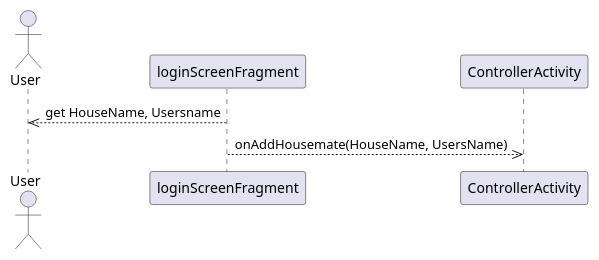
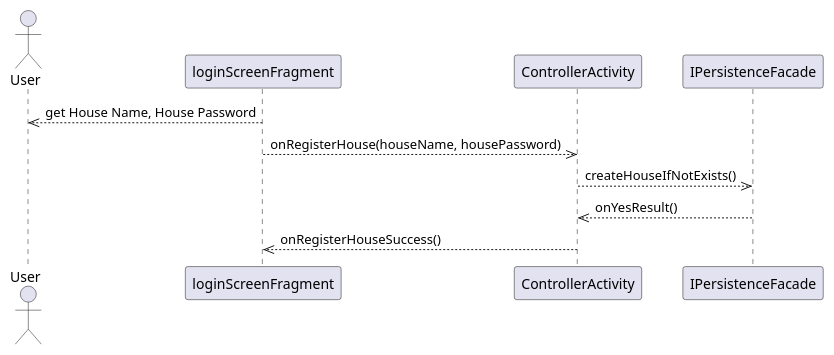
One commit to willemnielsen/House-App changed the fifth of 17 diagrams in intellij/doc/design.md. Above: the diagram before and after it, drawn with PlantUML. The commit also changed other lines of this file, not shown here.

Commit message:
Sequence Diagrams design.md

````diff
--- a/intellij/doc/design.md
+++ b/intellij/doc/design.md
@@ -107,7 +107,10 @@
 ```plantuml
 @startuml
 actor User as Actor
-    loginScreenFragment -->> Actor  : get HouseName, Usersname
-    loginScreenFragment -->> ControllerActivity  : onAddHousemate(HouseName, UsersName)
+    loginScreenFragment -->> Actor  : get House Name, House Password
+    loginScreenFragment -->> ControllerActivity  : onRegisterHouse(houseName, housePassword)
+    ControllerActivity -->> IPersistenceFacade: createHouseIfNotExists()
+    IPersistenceFacade -->> ControllerActivity : onYesResult()
+    ControllerActivity -->> loginScreenFragment : onRegisterHouseSuccess()
 @enduml
 ```
````
